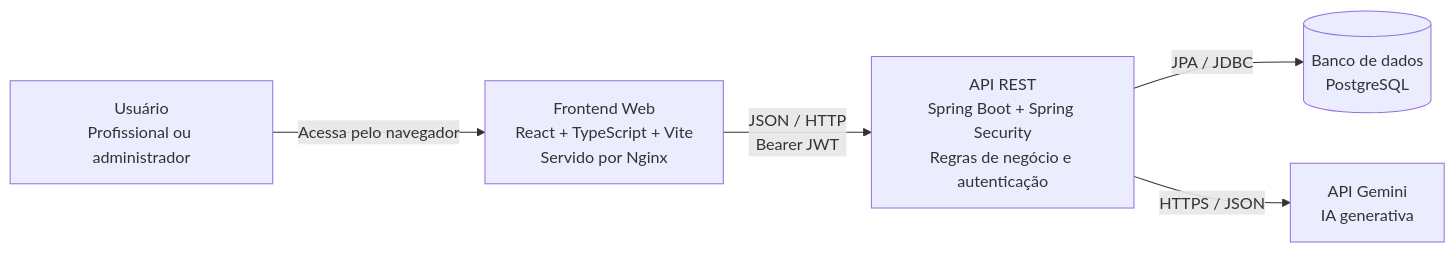
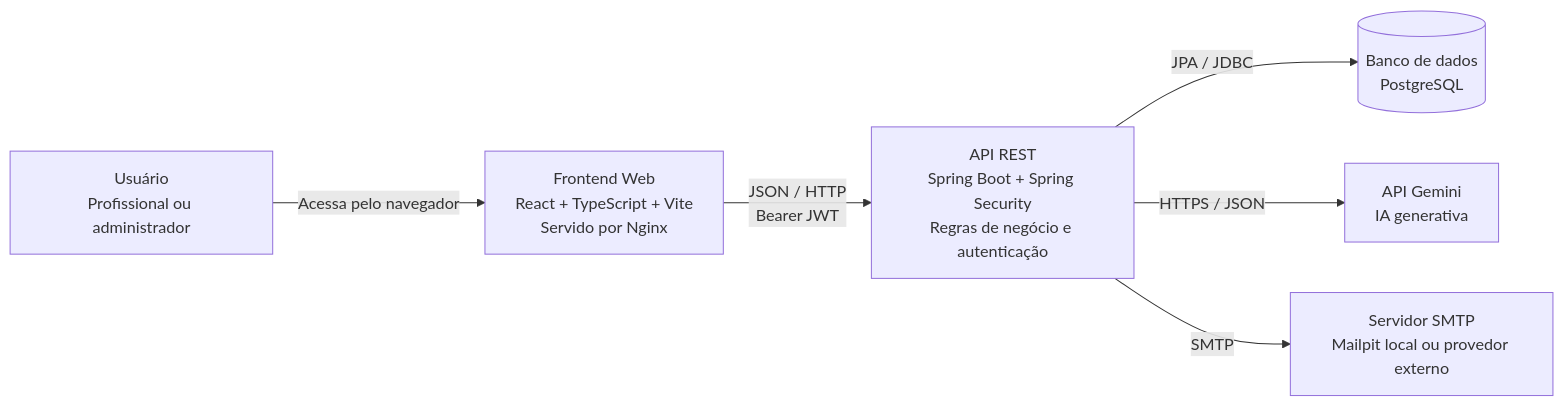
One commit to C-Fernandes/CliniCare changed the second of 3 diagrams in README.md. Above: the diagram before and after it, drawn with Mermaid. The commit also changed other lines of this file and 45 other files, not shown here.

````diff
--- a/README.md
+++ b/README.md
@@ -55,13 +59,15 @@
 ```mermaid
 flowchart LR
     user["Usuário<br/>Profissional ou administrador"]
     frontend["Frontend Web<br/>React + TypeScript + Vite<br/>Servido por Nginx"]
     backend["API REST<br/>Spring Boot + Spring Security<br/>Regras de negócio e autenticação"]
     database[("Banco de dados<br/>PostgreSQL")]
     gemini["API Gemini<br/>IA generativa"]
+    smtp["Servidor SMTP<br/>Mailpit local ou provedor externo"]
 
     user -->|"Acessa pelo navegador"| frontend
     frontend -->|"JSON / HTTP<br/>Bearer JWT"| backend
     backend -->|"JPA / JDBC"| database
     backend -->|"HTTPS / JSON"| gemini
+    backend -->|"SMTP"| smtp
 ```
````
